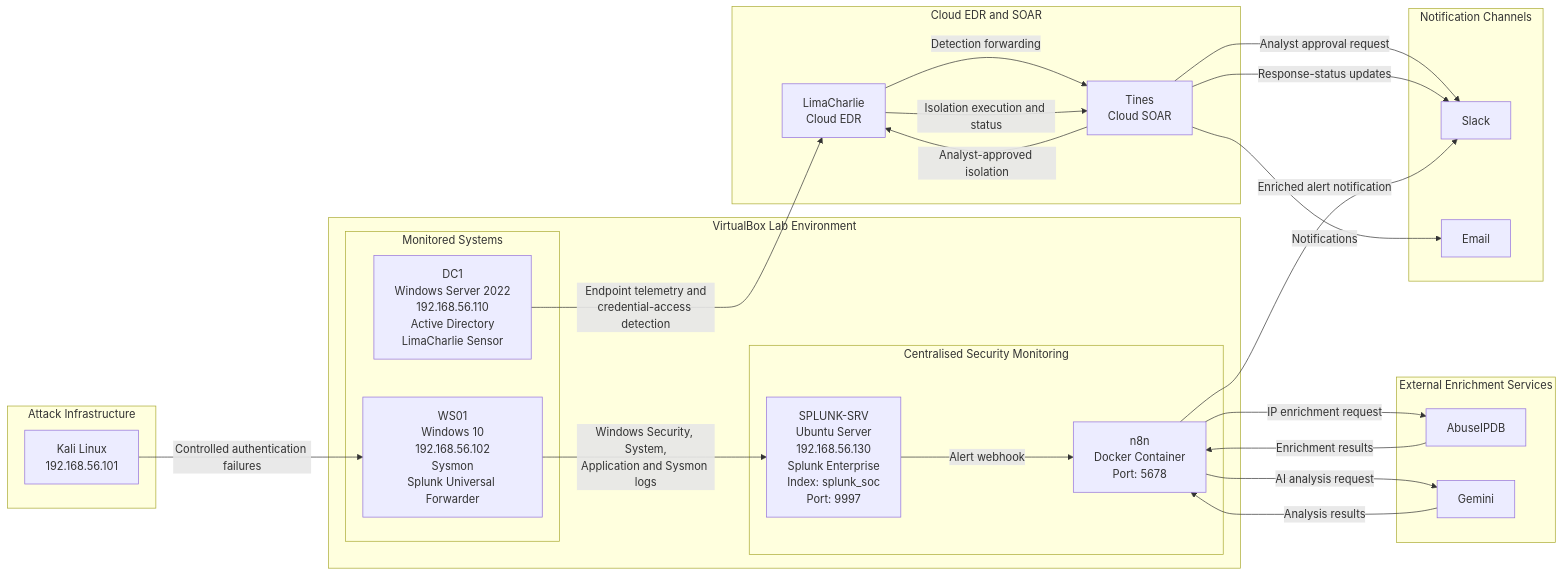
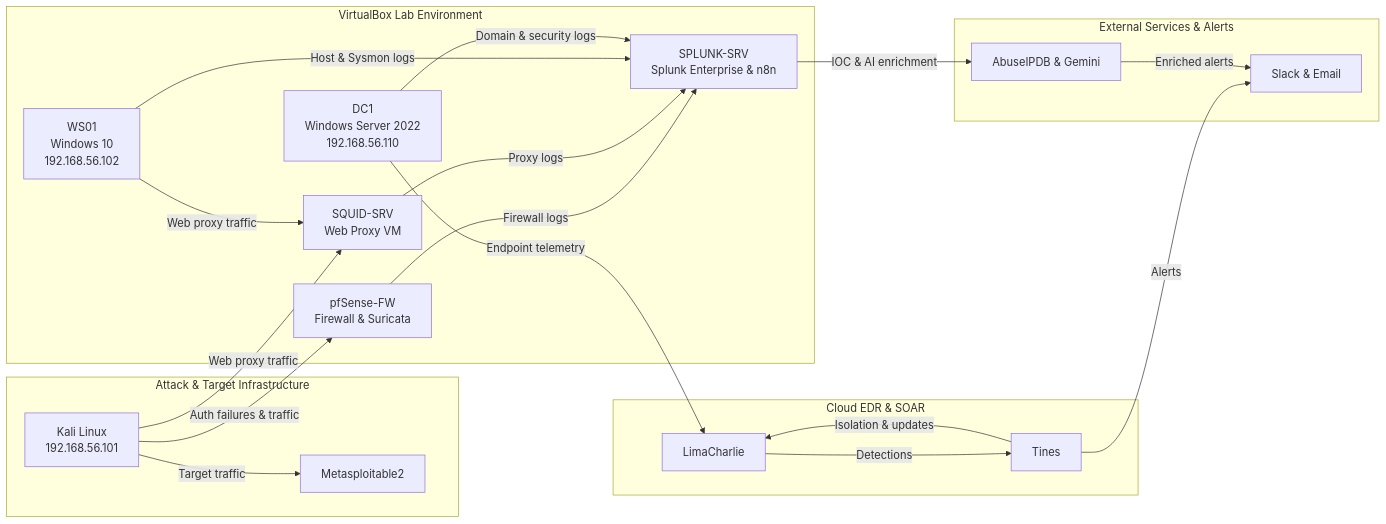
Before and after one commit to Ohdele/SOC-Analyst: the diagram in docs/03-soc-architecture-and-telemetry-flow.md, drawn with Mermaid. The commit also changed other lines of this file and 7 other files, not shown here.

````diff
--- a/docs/03-soc-architecture-and-telemetry-flow.md
+++ b/docs/03-soc-architecture-and-telemetry-flow.md
@@ -5,51 +5,41 @@
 ```mermaid
 flowchart LR
-    subgraph ATTACK["Attack Infrastructure"]
+    subgraph ATTACK["Attack & Target Infrastructure"]
         KALI["Kali Linux<br/>192.168.56.101"]
+        META["Metasploitable2"]
     end
 
     subgraph VBOX["VirtualBox Lab Environment"]
-        subgraph END["Monitored Systems"]
-            DC["DC1<br/>Windows Server 2022<br/>192.168.56.110<br/>Active Directory<br/>LimaCharlie Sensor"]
-            WS["WS01<br/>Windows 10<br/>192.168.56.102<br/>Sysmon<br/>Splunk Universal Forwarder"]
-        end
+        FW["pfSense-FW<br/>Firewall & Suricata"]
+        PROXY["SQUID-SRV<br/>Web Proxy VM"]
+        DC["DC1<br/>Windows Server 2022<br/>192.168.56.110"]
+        WS["WS01<br/>Windows 10<br/>192.168.56.102"]
+        SPL["SPLUNK-SRV<br/>Splunk Enterprise & n8n"]
 
-        subgraph SOC["Centralised Security Monitoring"]
-            SPL["SPLUNK-SRV<br/>Ubuntu Server<br/>192.168.56.130<br/>Splunk Enterprise<br/>Index: splunk_soc<br/>Port: 9997"]
-            N8N["n8n<br/>Docker Container<br/>Port: 5678"]
-        end
-
-        KALI -->|"Controlled authentication failures"| WS
-        WS -->|"Windows Security, System,<br/>Application and Sysmon logs"| SPL
-        SPL -->|"Alert webhook"| N8N
+        KALI -->|"Auth failures & traffic"| FW
+        KALI -->|"Target traffic"| META
+        KALI -->|"Web proxy traffic"| PROXY
+        WS -->|"Web proxy traffic"| PROXY
+        FW -->|"Firewall logs"| SPL
+        PROXY -->|"Proxy logs"| SPL
+        WS -->|"Host & Sysmon logs"| SPL
+        DC -->|"Domain & security logs"| SPL
     end
 
-    subgraph EDR["Cloud EDR and SOAR"]
-        LC["LimaCharlie<br/>Cloud EDR"]
-        TINES["Tines<br/>Cloud SOAR"]
+    subgraph CLOUD["Cloud EDR & SOAR"]
+        LC["LimaCharlie"]
+        TINES["Tines"]
     end
 
-    subgraph TI["External Enrichment Services"]
-        ABUSE["AbuseIPDB"]
-        GEMINI["Gemini"]
+    subgraph EXT["External Services & Alerts"]
+        TI["AbuseIPDB & Gemini"]
+        NOTIFY["Slack & Email"]
     end
 
-    subgraph NOTIFY["Notification Channels"]
-        SLACK["Slack"]
-        EMAIL["Email"]
-    end
-
-    DC -->|"Endpoint telemetry and<br/>credential-access detection"| LC
-    LC -->|"Detection forwarding"| TINES
-    TINES -->|"Analyst approval request"| SLACK
-    TINES -->|"Analyst-approved isolation"| LC
-    LC -->|"Isolation execution and status"| TINES
-    TINES -->|"Response-status updates"| SLACK
-    TINES -->|"Notifications"| EMAIL
-
-    N8N -->|"IP enrichment request"| ABUSE
-    ABUSE -->|"Enrichment results"| N8N
-    N8N -->|"AI analysis request"| GEMINI
-    GEMINI -->|"Analysis results"| N8N
-    N8N -->|"Enriched alert notification"| SLACK
+    DC -->|"Endpoint telemetry"| LC
+    LC -->|"Detections"| TINES
+    TINES -->|"Isolation & updates"| LC
+    TINES -->|"Alerts"| NOTIFY
+    SPL -->|"IOC & AI enrichment"| TI
+    TI -->|"Enriched alerts"| NOTIFY
 ```
````
